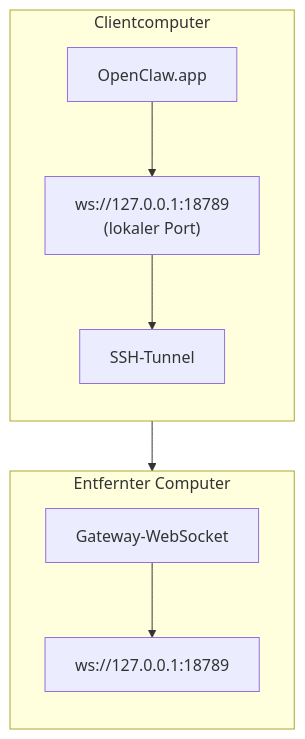
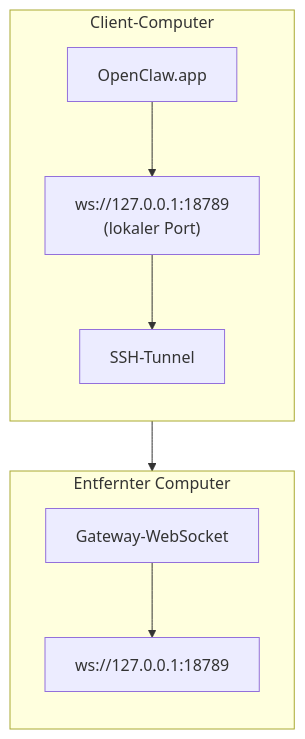
One commit to openclaw/docs changed the diagram in docs/de/gateway/remote-gateway-readme.md. Above: the diagram before and after it, drawn with Mermaid. The commit also changed other lines of this file and 11240 other files, not shown here.

````diff
--- a/docs/de/gateway/remote-gateway-readme.md
+++ b/docs/de/gateway/remote-gateway-readme.md
@@ -24,20 +23,20 @@
 ```mermaid
 flowchart TB
-    subgraph Client["Clientcomputer"]
+    subgraph Client["Client-Computer"]
         direction TB
         A["OpenClaw.app"]
         B["ws://127.0.0.1:18789\n(lokaler Port)"]
         T["SSH-Tunnel"]
 
         A --> B
         B --> T
     end
     subgraph Remote["Entfernter Computer"]
         direction TB
         C["Gateway-WebSocket"]
         D["ws://127.0.0.1:18789"]
 
         C --> D
     end
     T --> C
 ```
````
